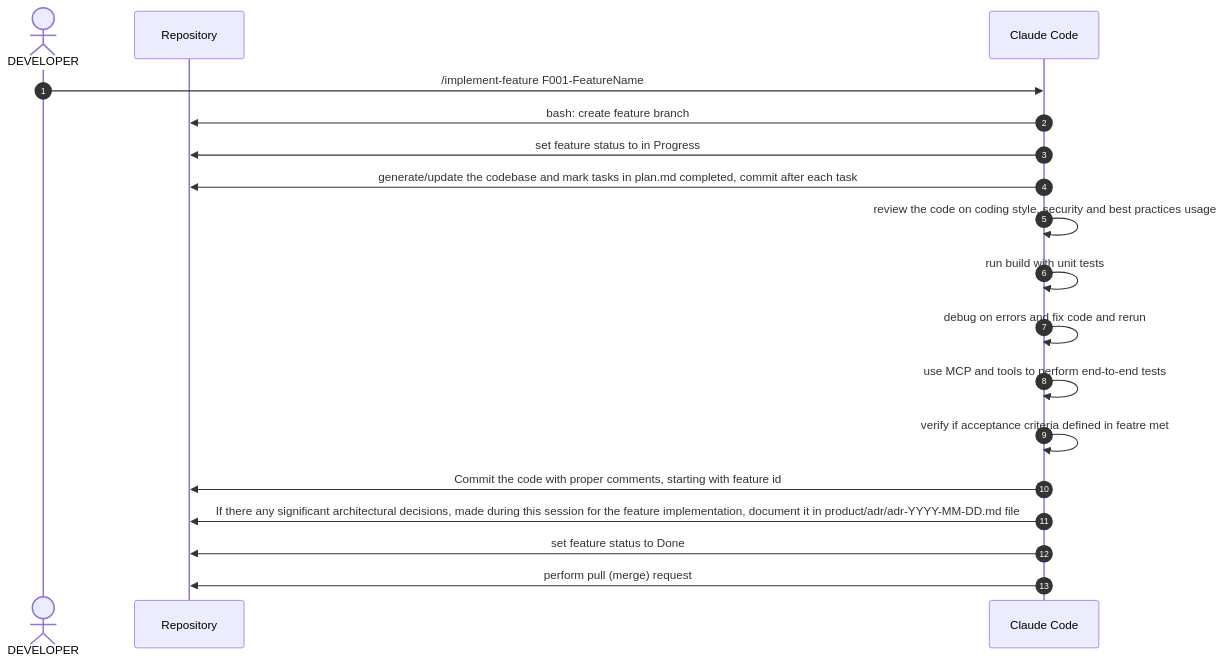
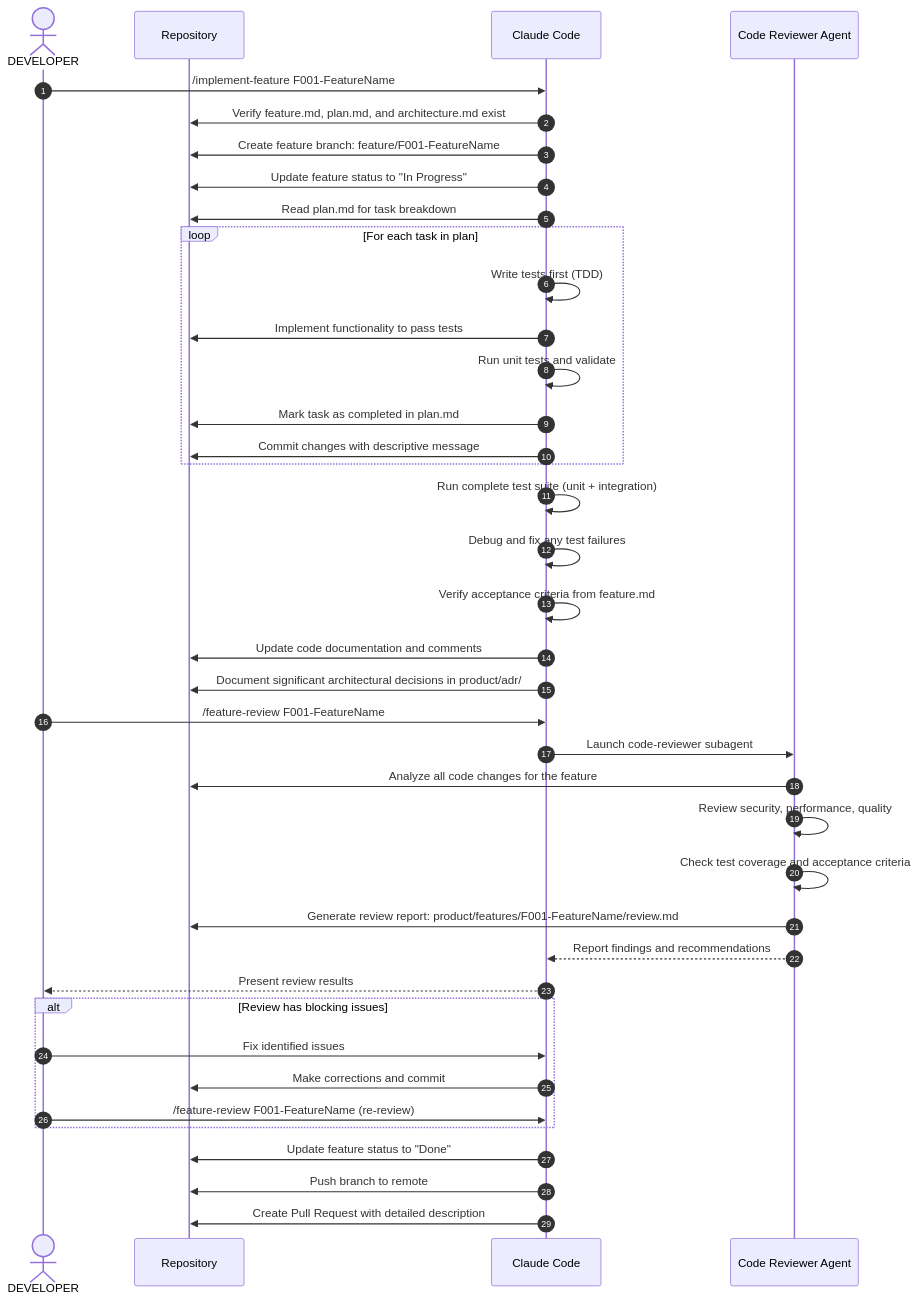
One commit to andpush/product-flow changed the fifth of 5 diagrams in README.md. Above: the diagram before and after it, drawn with Mermaid. The commit also changed other lines of this file and 1 other file, not shown here.

````diff
--- a/README.md
+++ b/README.md
@@ -302,35 +317,56 @@
 ```mermaid
 sequenceDiagram
     autonumber
     actor U as DEVELOPER
     participant R as Repository
     participant C as Claude Code
-    
-    %% Implement feature
+    participant CR as Code Reviewer Agent
+
+    %% Prerequisites check
     U->>C: /implement-feature F001-FeatureName
-    C->>R: bash: create feature branch
-    C->>R: set feature status to in Progress
-    C->>R: generate/update the codebase and mark tasks in plan.md completed, commit after each task
+    C->>R: Verify feature.md, plan.md, and architecture.md exist
+    C->>R: Create feature branch: feature/F001-FeatureName
+    C->>R: Update feature status to "In Progress"
 
-    %% Perform Code Review of the branch changes
-    C->>C: review the code on coding style, security and best practices usage
+    %% Implementation phase
+    C->>R: Read plan.md for task breakdown
+    loop For each task in plan
+        C->>C: Write tests first (TDD)
+        C->>R: Implement functionality to pass tests
+        C->>C: Run unit tests and validate
+        C->>R: Mark task as completed in plan.md
+        C->>R: Commit changes with descriptive message
+    end
 
-    %% Build and run tests, debug if needed
-    C->>C: run build with unit tests
+    %% Testing phase
+    C->>C: Run complete test suite (unit + integration)
+    C->>C: Debug and fix any test failures
+    C->>C: Verify acceptance criteria from feature.md
 
-    C->>C: debug on errors and fix code and rerun
+    %% Documentation phase
+    C->>R: Update code documentation and comments
+    C->>R: Document significant architectural decisions in product/adr/
 
-    C->>C: use MCP and tools to perform end-to-end tests
+    %% Code Review
+    U->>C: /feature-review F001-FeatureName
+    C->>CR: Launch code-reviewer subagent
+    CR->>R: Analyze all code changes for the feature
+    CR->>CR: Review security, performance, quality
+    CR->>CR: Check test coverage and acceptance criteria
+    CR->>R: Generate review report: product/features/F001-FeatureName/review.md
+    CR-->>C: Report findings and recommendations
+    C-->>U: Present review results
 
-    C->>C: verify if acceptance criteria defined in featre met
+    %% Address review feedback
+    alt Review has blocking issues
+        U->>C: Fix identified issues
+        C->>R: Make corrections and commit
+        U->>C: /feature-review F001-FeatureName (re-review)
+    end
 
-    C->>R: Commit the code with proper comments, starting with feature id
+    %% Finalization
+    C->>R: Update feature status to "Done"
+    C->>R: Push branch to remote
+    C->>R: Create Pull Request with detailed description
 
-    C->>R: If there any significant architectural decisions, made during this session for the feature implementation, document it in product/adr/adr-YYYY-MM-DD.md file
-
-    C->>R: set feature status to Done
-    
-    %% Push and create Pull Request
-    C->>R: perform pull (merge) request 
-    
 ```
````
